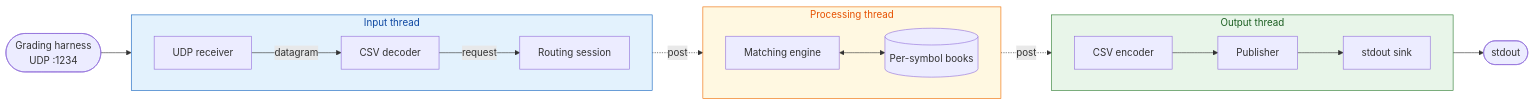
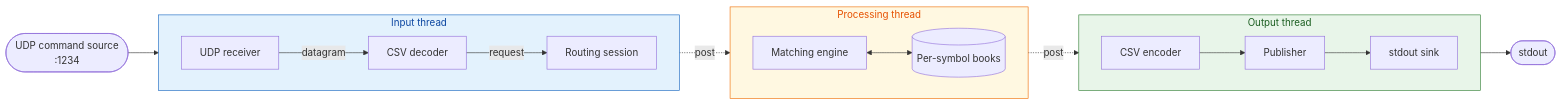
The diagram in README.md (indiosmo/cpp-demo-build), drawn with Mermaid before and after one commit. The commit also changed other lines of this file and 302 other files, not shown here.

````diff
--- a/README.md
+++ b/README.md
@@ -16,36 +17,36 @@
 ```mermaid
 flowchart LR
-  harness([Grading harness<br/>UDP :1234]) --> udp
+  client([UDP command source<br/>:1234]) --> udp
 
   subgraph input_thread[Input thread]
     direction LR
     udp[UDP receiver]
     decoder[CSV decoder]
     session[Routing session]
     udp -->|datagram| decoder
     decoder -->|request| session
   end
 
   subgraph processing_thread[Processing thread]
     direction LR
     engine[Matching engine]
     books[(Per-symbol books)]
     engine <--> books
   end
 
   subgraph output_thread[Output thread]
     direction LR
     encoder[CSV encoder]
     publisher[Publisher]
     sink[stdout sink]
     encoder --> publisher --> sink
   end
 
   session -. post .-> engine
   engine -. post .-> encoder
   sink --> out([stdout])
 
   style input_thread fill:#e3f2fd,stroke:#1565c0,color:#0d47a1
   style processing_thread fill:#fff8e1,stroke:#ef6c00,color:#e65100
   style output_thread fill:#e8f5e9,stroke:#2e7d32,color:#1b5e20
 ```
````
